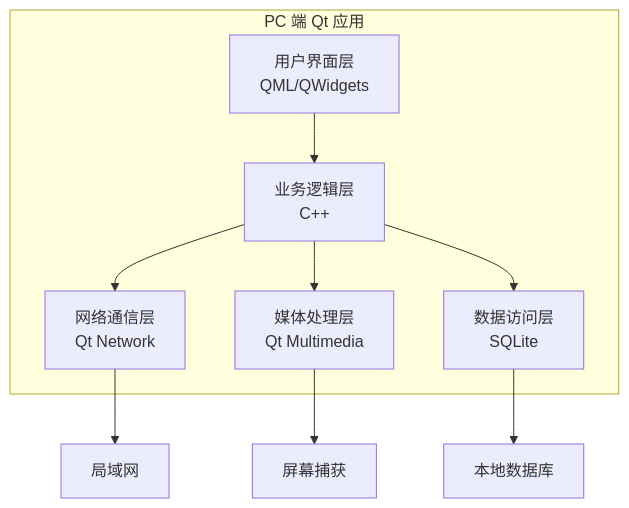
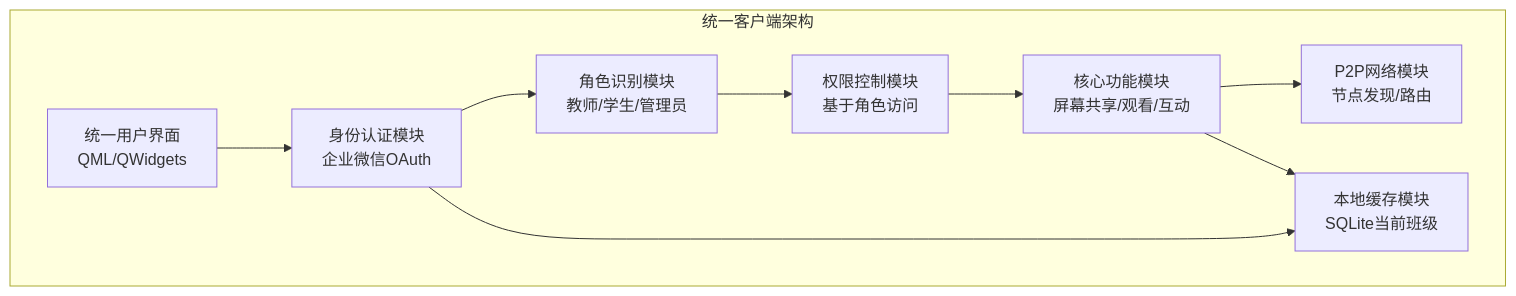
One commit to IdEvEbI/sky-edu-docs changed the third of 14 diagrams in docs/projects/sky-edu-classroom-screen-sharing/003_system-architecture_系统架构设计文档.md. Above: the diagram before and after it, drawn with Mermaid. The commit also changed other lines of this file, not shown here.

````diff
--- a/docs/projects/sky-edu-classroom-screen-sharing/003_system-architecture_系统架构设计文档.md
+++ b/docs/projects/sky-edu-classroom-screen-sharing/003_system-architecture_系统架构设计文档.md
@@ -232,18 +299,20 @@
 ```mermaid
 graph TB
-    subgraph "PC 端 Qt 应用"
-        UI[用户界面层<br/>QML/QWidgets]
-        Logic[业务逻辑层<br/>C++]
-        Network[网络通信层<br/>Qt Network]
-        Media[媒体处理层<br/>Qt Multimedia]
-        Data[数据访问层<br/>SQLite]
+    subgraph "统一客户端架构"
+        UI[统一用户界面<br/>QML/QWidgets]
+        Auth[身份认证模块<br/>企业微信OAuth]
+        Role[角色识别模块<br/>教师/学生/管理员]
+        RBAC[权限控制模块<br/>基于角色访问]
+        Core[核心功能模块<br/>屏幕共享/观看/互动]
+        P2P[P2P网络模块<br/>节点发现/路由]
+        Cache[本地缓存模块<br/>SQLite当前班级]
     end
 
-    UI --> Logic
-    Logic --> Network
-    Logic --> Media
-    Logic --> Data
-    Network --> LAN[局域网]
-    Media --> Screen[屏幕捕获]
-    Data --> DB[本地数据库]
+    UI --> Auth
+    Auth --> Role
+    Role --> RBAC
+    RBAC --> Core
+    Core --> P2P
+    Core --> Cache
+    Auth --> Cache
 ```
````
